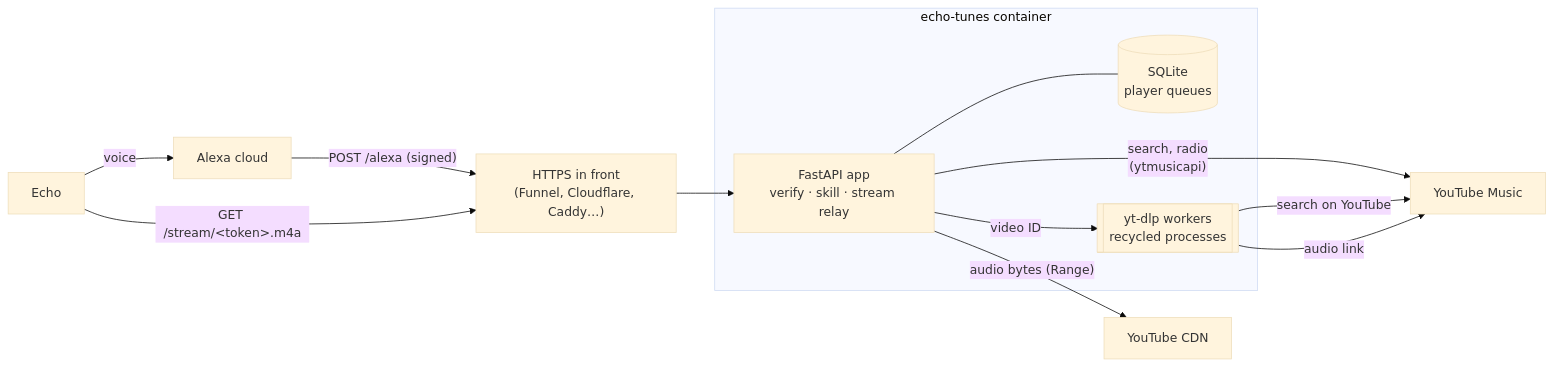
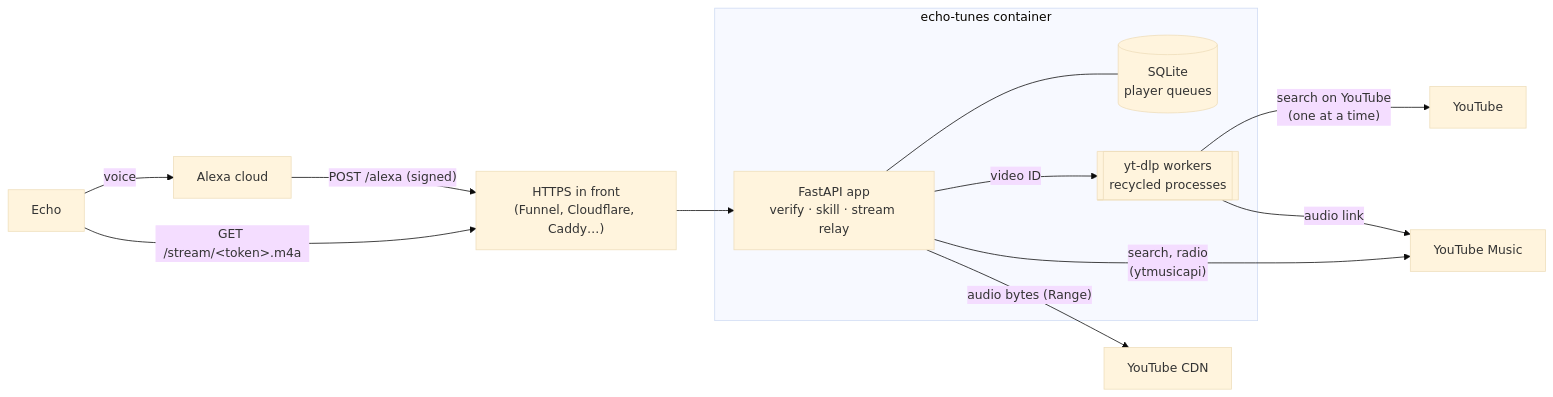
The diagram in docs/ARCHITECTURE.md (denzilrdz/echo-tunes), drawn with Mermaid (base theme) before and after one commit. The commit also changed 16 other files, not shown here.

First line of the commit message:
fix: YouTube searches can't stall the audio-link lookups

````diff
--- a/docs/ARCHITECTURE.md
+++ b/docs/ARCHITECTURE.md
@@ -3,20 +3,20 @@
 ```mermaid
 flowchart LR
     Echo[Echo] -- voice --> Alexa[Alexa cloud]
     Alexa -- "POST /alexa (signed)" --> Proxy
     Echo -- "GET /stream/&lt;token&gt;.m4a" --> Proxy
     Proxy["HTTPS in front<br/>(Funnel, Cloudflare, Caddy…)"] --> App
 
     subgraph Container[echo-tunes container]
         App[FastAPI app<br/>verify · skill · stream relay]
         Store[(SQLite<br/>player queues)]
         Workers[[yt-dlp workers<br/>recycled processes]]
         App --- Store
         App -- "video ID" --> Workers
     end
 
     App -- "search, radio<br/>(ytmusicapi)" --> YTM[YouTube Music]
-    Workers -- "search on YouTube" --> YTM
+    Workers -- "search on YouTube<br/>(one at a time)" --> YT[YouTube]
     Workers -- "audio link" --> YTM
     App -- "audio bytes (Range)" --> CDN[YouTube CDN]
 ```
````
